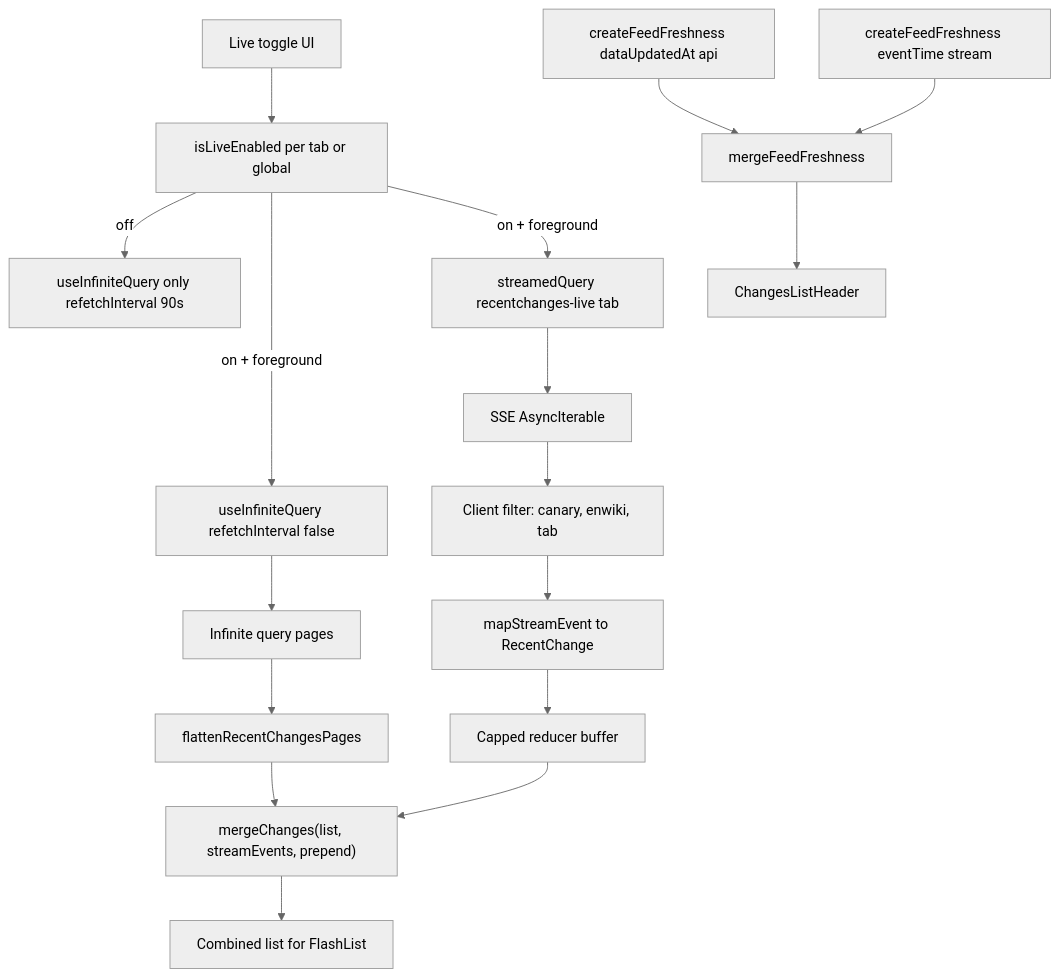
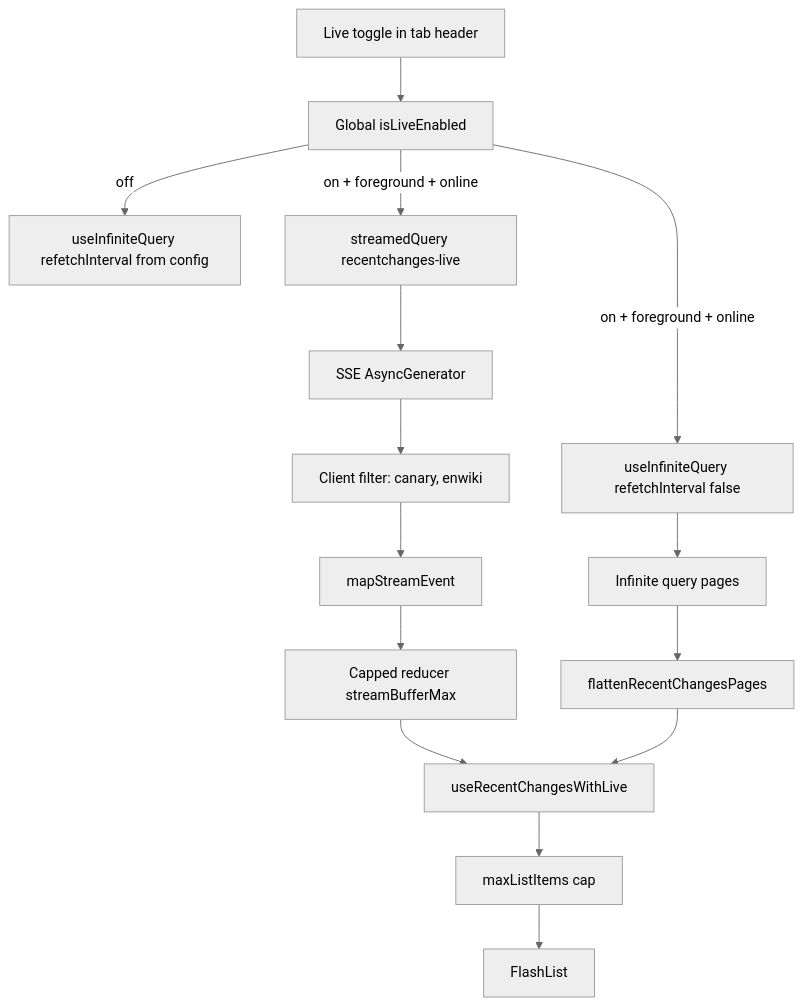
Before and after one commit to renancardo/wikinow: the diagram in docs/live-mode.md, drawn with Mermaid (neutral theme). The commit also changed other lines of this file and 5 other files, not shown here.

First line of the commit message:
Update architecture and cache behavior documentation; enhance live mode implementation

````diff
--- a/docs/live-mode.md
+++ b/docs/live-mode.md
@@ -78,19 +41,17 @@
 ```mermaid
 flowchart TD
-  toggle[Live toggle UI] --> liveState[isLiveEnabled per tab or global]
-  liveState -->|off| restOnly[useInfiniteQuery only refetchInterval 90s]
-  liveState -->|on + foreground| restPaused[useInfiniteQuery refetchInterval false]
-  liveState -->|on + foreground| streamedQ[streamedQuery recentchanges-live tab]
-  streamedQ --> sse[SSE AsyncIterable]
-  sse --> filter[Client filter: canary, enwiki, tab]
-  filter --> map[mapStreamEvent to RecentChange]
-  map --> streamBuffer[Capped reducer buffer]
+  toggle[Live toggle in tab header] --> liveState[Global isLiveEnabled]
+  liveState -->|off| restPoll[useInfiniteQuery refetchInterval from config]
+  liveState -->|on + foreground + online| restPaused[useInfiniteQuery refetchInterval false]
+  liveState -->|on + foreground + online| streamedQ[streamedQuery recentchanges-live]
+  streamedQ --> sse[SSE AsyncGenerator]
+  sse --> filter[Client filter: canary, enwiki]
+  filter --> map[mapStreamEvent]
+  map --> buffer[Capped reducer streamBufferMax]
   restPaused --> pages[Infinite query pages]
   pages --> flatten[flattenRecentChangesPages]
-  streamBuffer --> merge["mergeChanges(list, streamEvents, prepend)"]
-  flatten --> merge
-  merge --> combined[Combined list for FlashList]
-  apiFresh[createFeedFreshness dataUpdatedAt api] --> mergeFresh[mergeFeedFreshness]
-  streamFresh[createFeedFreshness eventTime stream] --> mergeFresh
-  mergeFresh --> header[ChangesListHeader]
+  buffer --> mergeLive[useRecentChangesWithLive]
+  flatten --> mergeLive
+  mergeLive --> cap[maxListItems cap]
+  cap --> list[FlashList]
 ```
````
